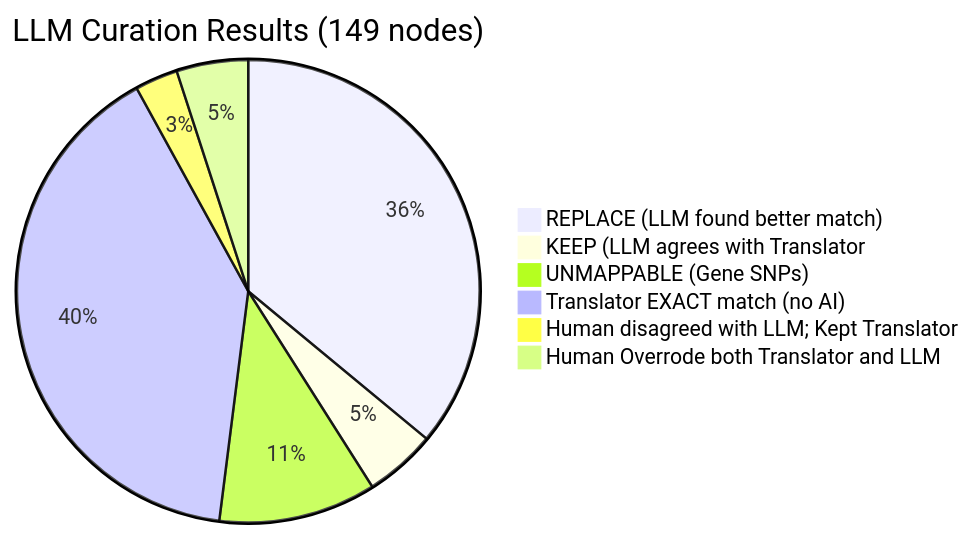
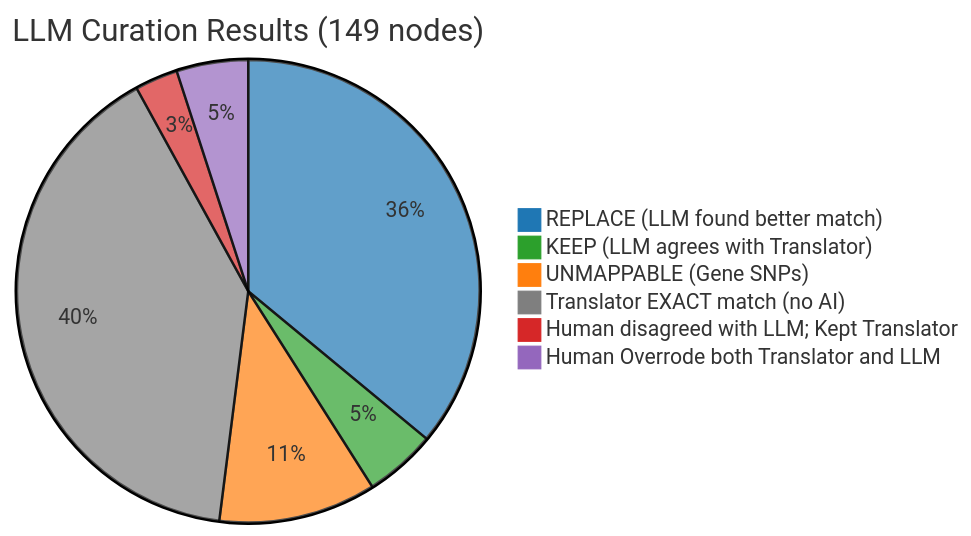
Before and after one commit to ncats/IFX_ODIN: the diagram in entity_resolvers/src/code/ncatsdata/CUREID/251128stats.md, drawn with Mermaid. The commit also changed other lines of this file, not shown here.

````diff
--- a/entity_resolvers/src/code/ncatsdata/CUREID/251128stats.md
+++ b/entity_resolvers/src/code/ncatsdata/CUREID/251128stats.md
@@ -4,9 +2,17 @@
 ```mermaid
+%%{init: {'theme':'base', 'themeVariables': { 
+  'pie1':'#1f77b4',
+  'pie2':'#2ca02c',
+  'pie3':'#ff7f0e',
+  'pie4':'#7f7f7f',
+  'pie5':'#d62728',
+  'pie6':'#9467bd'
+}}}%%
 pie title LLM Curation Results (149 nodes)
     "REPLACE (LLM found better match)" : 36
-    "KEEP (LLM agrees with Translator" : 5
+    "KEEP (LLM agrees with Translator)" : 5
     "UNMAPPABLE (Gene SNPs)" : 11
     "Translator EXACT match (no AI)" : 40
     "Human disagreed with LLM; Kept Translator" : 3
     "Human Overrode both Translator and LLM" : 5
 ```
````
